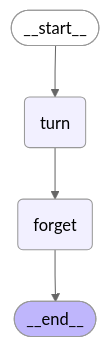
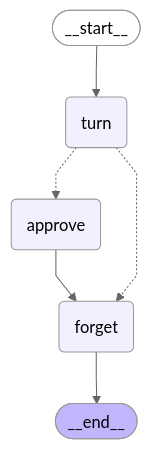
One commit to NMH1988/fitcoach-ai-assistant changed the third of 4 diagrams in docs/ARCHITECTURE.md. Above: the diagram before and after it, drawn with Mermaid (neutral theme). The commit also changed other lines of this file and 31 other files, not shown here.

````diff
--- a/docs/ARCHITECTURE.md
+++ b/docs/ARCHITECTURE.md
@@ -79,18 +79,21 @@
 ```mermaid
 ---
 config:
   flowchart:
     curve: linear
 ---
 graph TD;
 	__start__([<p>__start__</p>]):::first
 	turn(turn)
+	approve(approve)
 	forget(forget)
 	__end__([<p>__end__</p>]):::last
 	__start__ --> turn;
-	turn --> forget;
+	approve --> forget;
+	turn -.-> approve;
+	turn -.-> forget;
 	forget --> __end__;
 	classDef default fill:#f2f0ff,line-height:1.2
 	classDef first fill-opacity:0
 	classDef last fill:#bfb6fc
 ```
````
